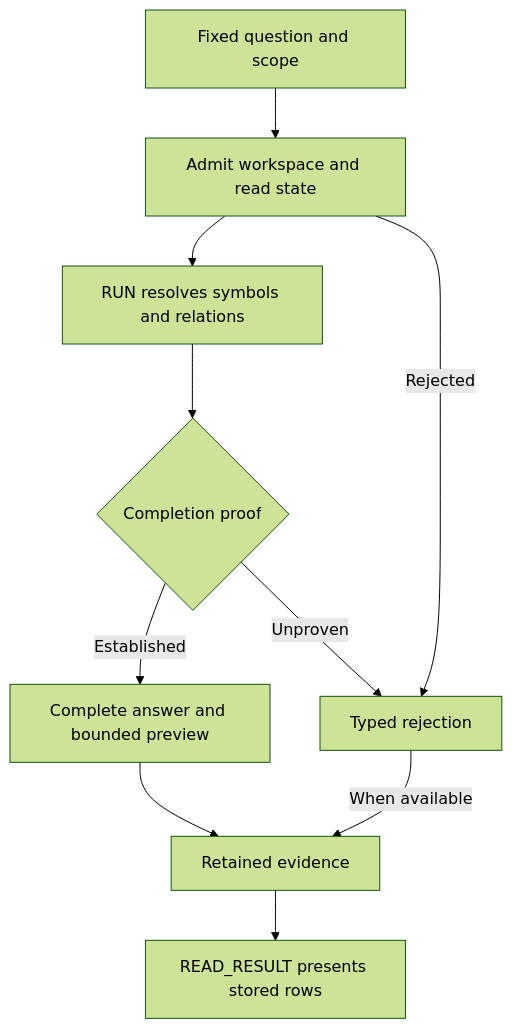
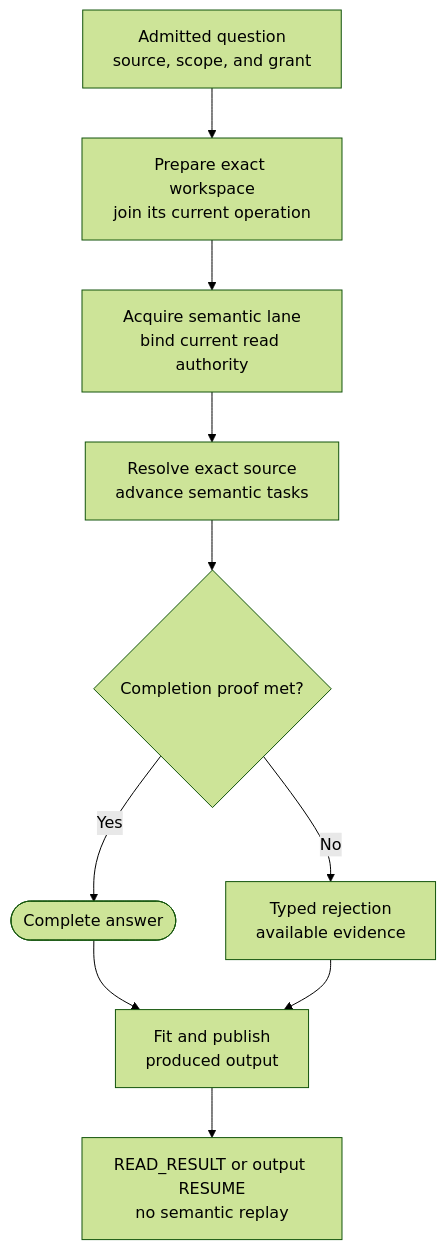
One commit to amichne/kast changed the diagram in docs/public/images/architecture/query-lifecycle.mmd. Above: the diagram before and after it, drawn with Mermaid (forest theme). The commit also changed 100 other files, not shown here.

```diff
--- a/docs/public/images/architecture/query-lifecycle.mmd
+++ b/docs/public/images/architecture/query-lifecycle.mmd
@@ -1,10 +1,13 @@
 flowchart TD
-  Q["Fixed question and scope"] --> A["Admit workspace and read state"]
-  A --> R["RUN resolves symbols and relations"]
-  A -->|Rejected| F["Typed rejection"]
-  R --> C{"Completion proof"}
-  C -->|Established| P["Complete answer and bounded preview"]
-  C -->|Unproven| F
-  P --> S["Retained evidence"]
-  F -->|When available| S
-  S --> D["READ_RESULT presents stored rows"]
+  Q["Admitted question<br/>source, scope, and grant"] --> W["Prepare exact workspace<br/>join its current operation"]
+  W --> L["Acquire semantic lane<br/>bind current read authority"]
+  L --> S["Resolve exact source<br/>advance semantic tasks"]
+  S --> P{"Completion proof met?"}
+  P -->|Yes| A(["Complete answer"])
+  P -->|No| R["Typed rejection<br/>available evidence"]
+  A --> D["Fit and publish<br/>produced output"]
+  R --> D
+  D --> O["READ_RESULT or output RESUME<br/>no semantic replay"]
+  class L proof
+  class R stop
+  class A result
```
